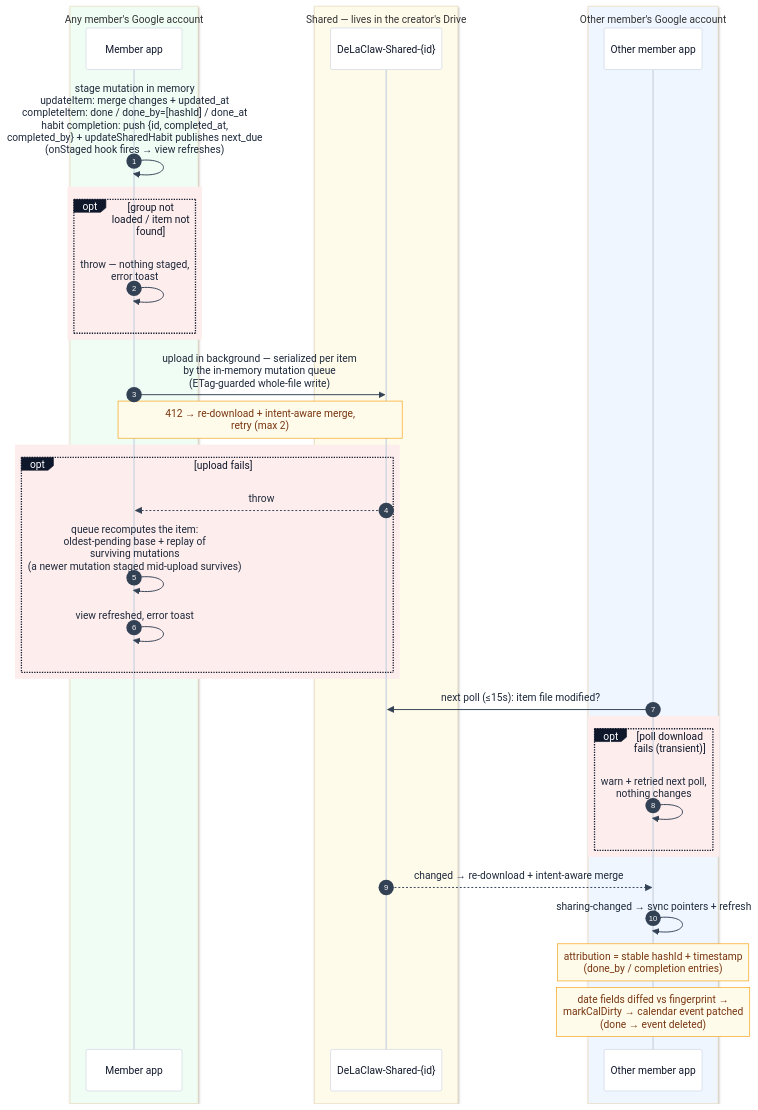
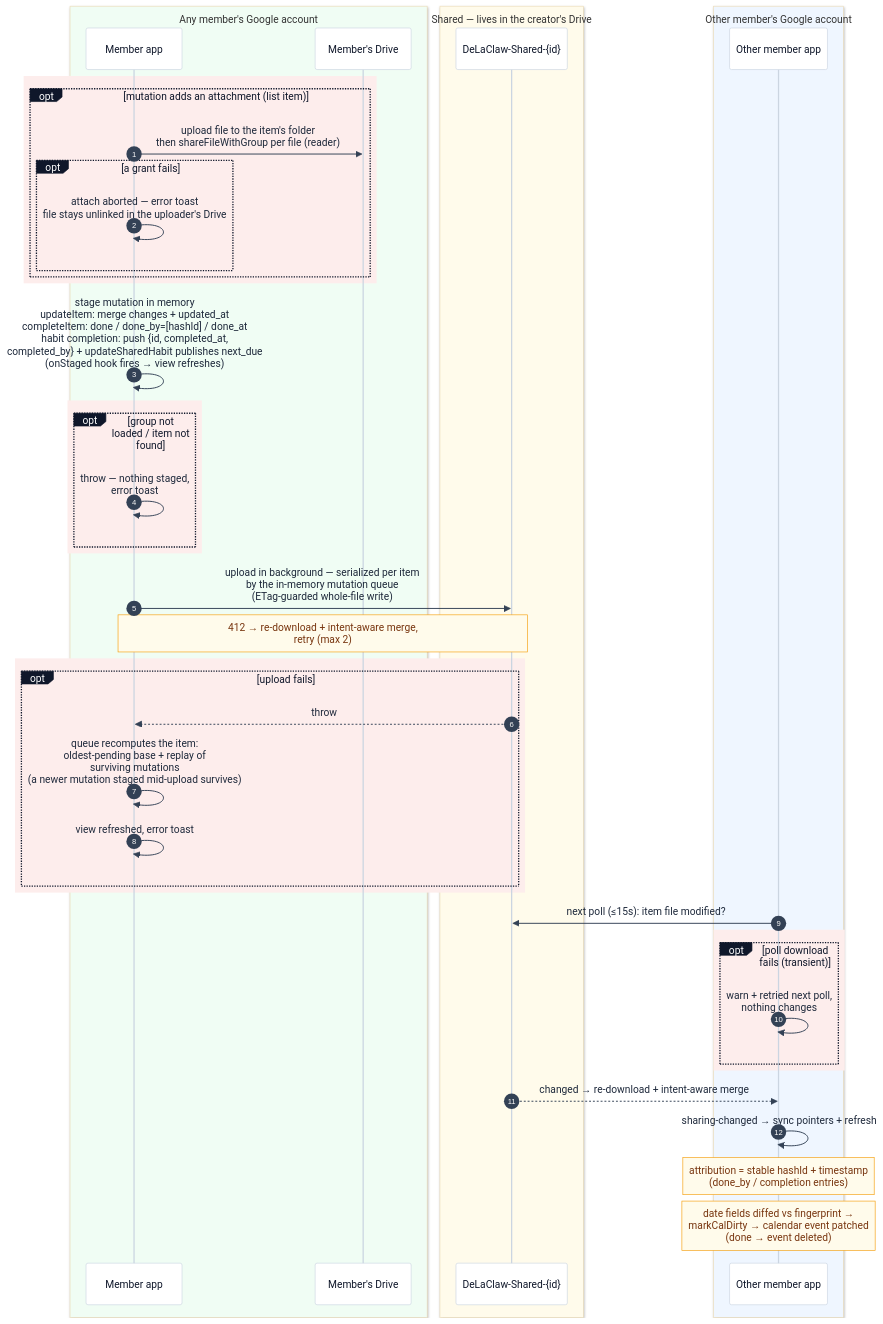
Before and after one commit to AntGro/DeLaClaw: the seventh of 14 diagrams in docs-site/sharing.md, drawn with Mermaid. The commit also changed other lines of this file and 96 other files, not shown here.

````diff
--- a/docs-site/sharing.md
+++ b/docs-site/sharing.md
@@ -329,40 +338,49 @@
 ```mermaid
 %%{init: {'theme': 'base', 'themeVariables': {'background': '#fbfaf8', 'actorBkg': '#ffffff', 'actorBorder': '#cbd5e1', 'actorTextColor': '#0f172a', 'actorLineColor': '#cbd5e1', 'signalColor': '#334155', 'signalTextColor': '#1e293b', 'noteBkgColor': '#fffbeb', 'noteBorderColor': '#f59e0b', 'noteTextColor': '#78350f', 'labelBoxBkgColor': '#0f172a', 'labelBoxBorderColor': '#0f172a', 'labelTextColor': '#ffffff'}}}%%
 sequenceDiagram
     autonumber
     box rgb(240,253,244) Any member's Google account
     participant MA as Member app
+    participant MD as Member's Drive
     end
     box rgb(255,251,235) Shared — lives in the creator's Drive
     participant SF as DeLaClaw-Shared-{id}
     end
     box rgb(239,246,255) Other member's Google account
     participant OA as Other member app
     end
 
+    rect rgb(253, 237, 236)
+    opt mutation adds an attachment (list item)
+        MA->>MD: upload file to the item's folder<br/>then shareFileWithGroup per file (reader)
+        opt a grant fails
+            MA->>MA: attach aborted — error toast<br/>file stays unlinked in the uploader's Drive
+        end
+    end
+    end
     MA->>MA: stage mutation in memory<br/>updateItem: merge changes + updated_at<br/>completeItem: done / done_by=[hashId] / done_at<br/>habit completion: push {id, completed_at,<br/>completed_by} + updateSharedHabit publishes next_due<br/>(onStaged hook fires → view refreshes)
     rect rgb(253, 237, 236)
     opt group not loaded / item not found
         MA->>MA: throw — nothing staged,<br/>error toast
     end
     end
     MA->>SF: upload in background — serialized per item<br/>by the in-memory mutation queue<br/>(ETag-guarded whole-file write)
     Note over MA,SF: 412 → re-download + intent-aware merge,<br/>retry (max 2)
     rect rgb(253, 237, 236)
     opt upload fails
         SF-->>MA: throw
         MA->>MA: queue recomputes the item:<br/>oldest-pending base + replay of<br/>surviving mutations<br/>(a newer mutation staged mid-upload survives)
         MA->>MA: view refreshed, error toast
     end
     end
     OA->>SF: next poll (≤15s): item file modified?
     rect rgb(253, 237, 236)
     opt poll download fails (transient)
         OA->>OA: warn + retried next poll,<br/>nothing changes
     end
     end
     SF-->>OA: changed → re-download + intent-aware merge
     OA->>OA: sharing-changed → sync pointers + refresh
     Note over OA: attribution = stable hashId + timestamp<br/>(done_by / completion entries)
     Note over OA: date fields diffed vs fingerprint →<br/>markCalDirty → calendar event patched<br/>(done → event deleted)
 ```
````
